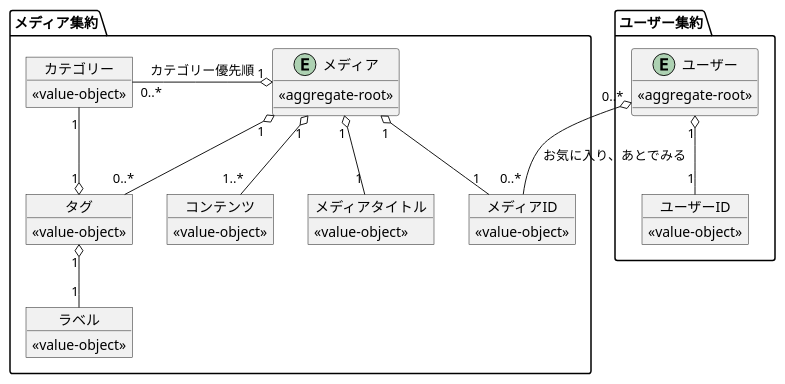
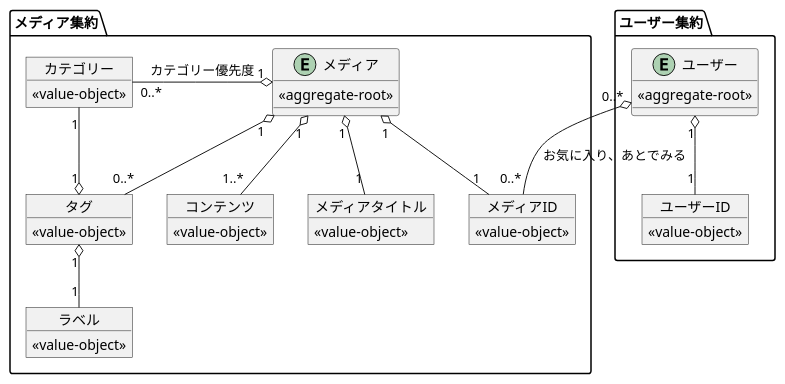
One commit to hachimitu22/MangaViewer changed the diagram in doc/2_domain/ドメインモデル.puml. Above: the diagram before and after it, drawn with PlantUML.

Commit message:
typo: カテゴリー優先順 -> カテゴリー優先度

```diff
--- a/doc/2_domain/ドメインモデル.puml
+++ b/doc/2_domain/ドメインモデル.puml
@@ -1,60 +1,60 @@
 @startuml
 ' skinparam linetype ortho
 
 package メディア集約 {
 
     entity メディア {
         <<aggregate-root>>
     }
 
     object メディアID {
         <<value-object>>
     }
 
     object メディアタイトル {
         <<value-object>>
     }
 
     object コンテンツ {
         <<value-object>>
     }
 
     object タグ {
         <<value-object>>
     }
 
     object カテゴリー {
         <<value-object>>
     }
 
     object ラベル {
         <<value-object>>
     }
 
     メディア "1" o-- "1" メディアID
     メディア "1" o-- "1" メディアタイトル
     メディア "1" o-- "1..*" コンテンツ
     メディア "1" o-- "0..*" タグ
-    メディア "1" o-l- "0..*" カテゴリー : カテゴリー優先順
+    メディア "1" o-l- "0..*" カテゴリー : カテゴリー優先度
 
     タグ "1" o-- "1" カテゴリー
     タグ "1" o-- "1" ラベル
 }
 
 package ユーザー集約 {
 
     entity ユーザー {
         <<aggregate-root>>
     }
 
     object ユーザーID {
         <<value-object>>
     }
 
     ユーザー "1" o-- "1" ユーザーID
 }
 
 ' 集約を跨ぐ参照（弱い参照）
 ユーザー集約.ユーザー "0..*" o-- "0..*" メディア集約.メディアID : お気に入り、あとでみる
 
 @enduml
```
